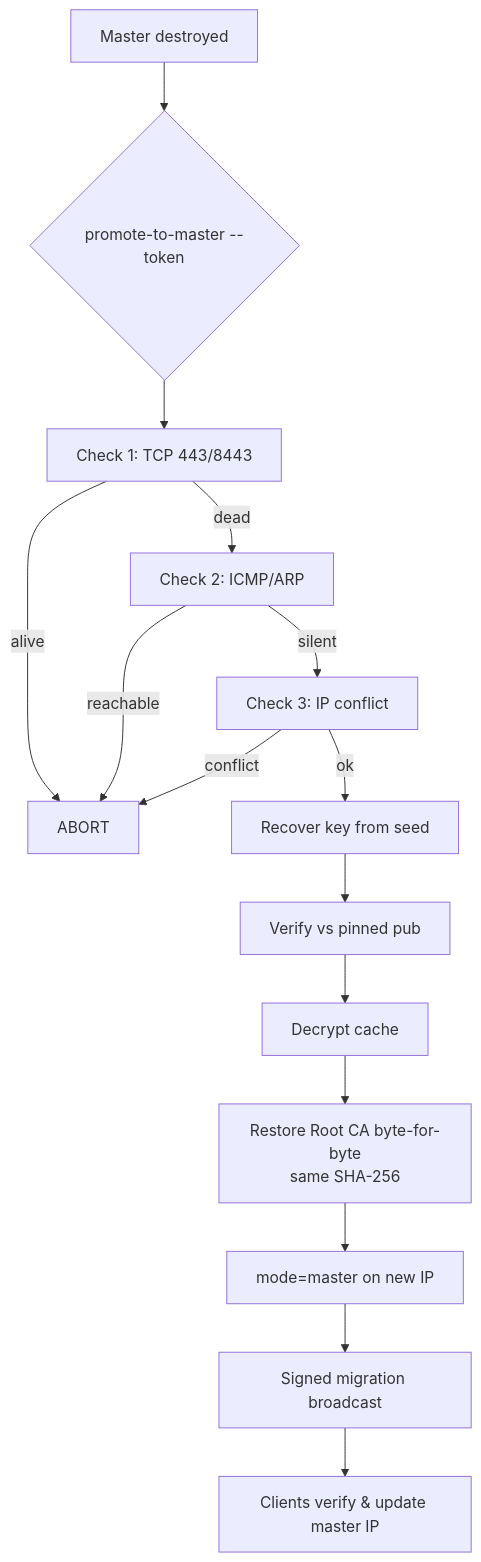
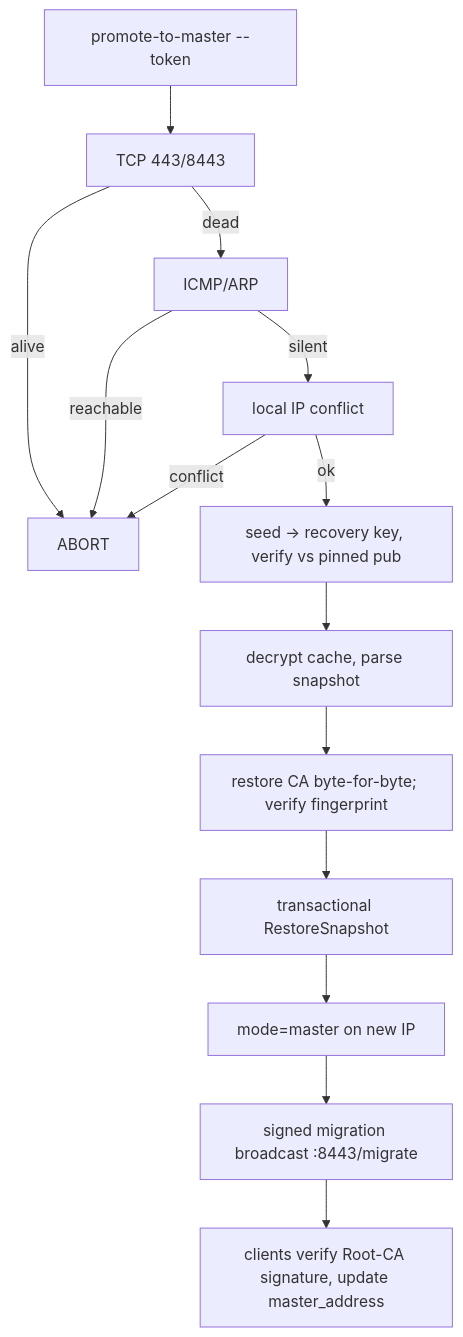
Before and after one commit to iskyneon/natssl: the second of 2 diagrams in docs/DEPLOYMENT.md, drawn with Mermaid. The commit also changed other lines of this file and 23 other files, not shown here.

````diff
--- a/docs/DEPLOYMENT.md
+++ b/docs/DEPLOYMENT.md
@@ -259,17 +125,16 @@
 ```mermaid
 flowchart TD
-    A[Master destroyed] --> B{promote-to-master --token}
-    B --> C1[Check 1: TCP 443/8443]
+    B[promote-to-master --token] --> C1[TCP 443/8443]
     C1 -->|alive| X[ABORT]
-    C1 -->|dead| C2[Check 2: ICMP/ARP]
+    C1 -->|dead| C2[ICMP/ARP]
     C2 -->|reachable| X
-    C2 -->|silent| C3[Check 3: IP conflict]
+    C2 -->|silent| C3[local IP conflict]
     C3 -->|conflict| X
-    C3 -->|ok| D[Recover key from seed]
-    D --> E[Verify vs pinned pub]
-    E --> F[Decrypt cache]
-    F --> G[Restore Root CA byte-for-byte<br/>same SHA-256]
+    C3 -->|ok| D[seed -> recovery key, verify vs pinned pub]
+    D --> E[decrypt cache, parse snapshot]
+    E --> F[restore CA byte-for-byte; verify fingerprint]
+    F --> G[transactional RestoreSnapshot]
     G --> H[mode=master on new IP]
-    H --> I[Signed migration broadcast]
-    I --> J[Clients verify & update master IP]
+    H --> I[signed migration broadcast :8443/migrate]
+    I --> J[clients verify Root-CA signature, update master_address]
 ```
````
